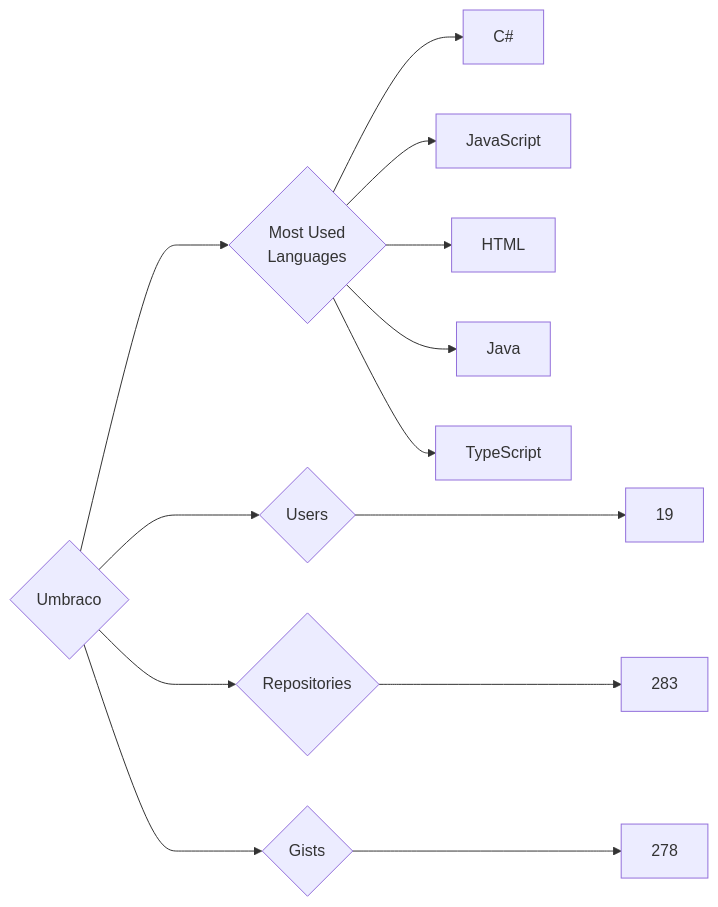
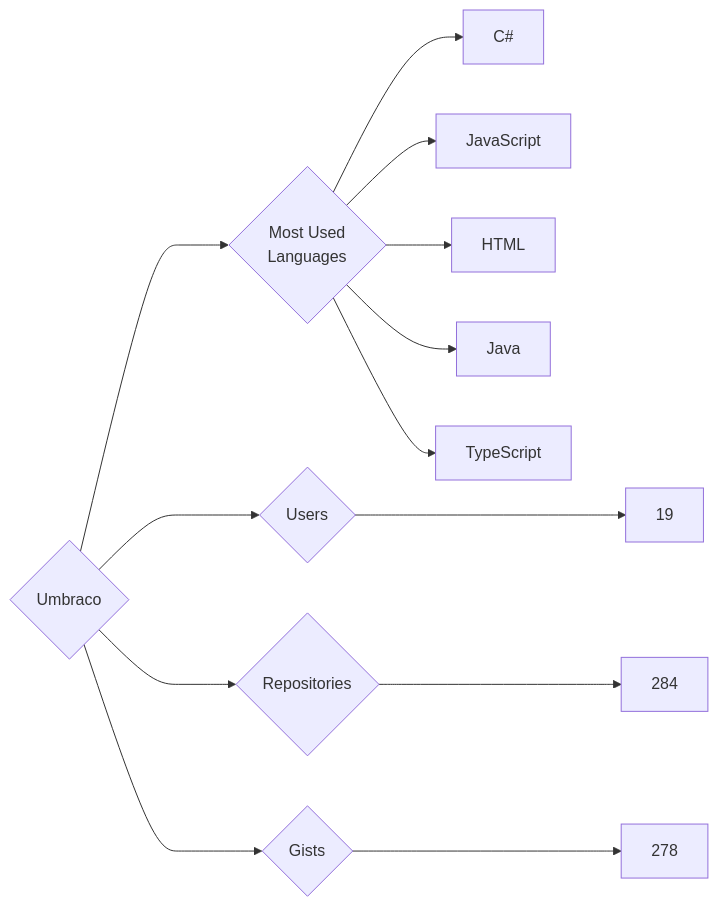
The diagram in targets/Umbraco/README.md (trickest/insiders), drawn with Mermaid before and after one commit. The commit also changed 928 other files, not shown here.

````diff
--- a/targets/Umbraco/README.md
+++ b/targets/Umbraco/README.md
@@ -3,13 +3,13 @@
 ```mermaid
 graph LR
 COMPANY_NAME{Umbraco}
 COMPANY_NAME ---> U{Users} ---> UN[19]
-COMPANY_NAME ---> R{Repositories} ---> RN[283]
+COMPANY_NAME ---> R{Repositories} ---> RN[284]
 COMPANY_NAME ---> G{Gists} ---> GN[278]
 COMPANY_NAME ---> ML{Most Used<br>Languages}
 ML --> C#[C#]
 ML --> JavaScript[JavaScript]
 ML --> HTML[HTML]
 ML --> Java[Java]
 ML --> TypeScript[TypeScript]
 ```
````
